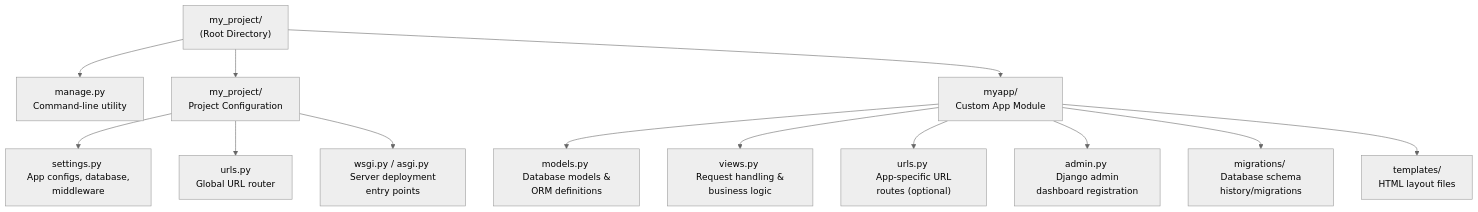
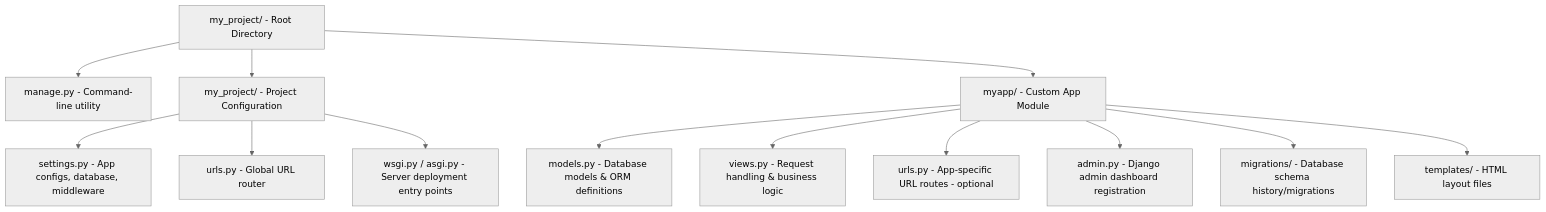
One commit to matt2ology/tech-journal-and-blog changed the third of 3 diagrams in synthesis/courses/django-6-the-big-picture/00-django-6-the-big-picture-synthesis.md. Above: the diagram before and after it, drawn with Mermaid (neutral theme).

Commit message:
fix: update flowchart labels for improved clarity in Django project structure

````diff
--- a/synthesis/courses/django-6-the-big-picture/00-django-6-the-big-picture-synthesis.md
+++ b/synthesis/courses/django-6-the-big-picture/00-django-6-the-big-picture-synthesis.md
@@ -92,17 +92,17 @@
 ```mermaid
 flowchart TD
-    root["my_project/ \n (Root Directory)"] --> Manage["manage.py \n Command-line utility"]
-    root --> projconfig["my_project/ \n Project Configuration"]
-    root --> appdir["myapp/ \n Custom App Module"]
+    root[my_project/ - Root Directory] --> Manage[manage.py - Command-line utility]
+    root --> projconfig[my_project/ - Project Configuration]
+    root --> appdir[myapp/ - Custom App Module]
 
-    projconfig --> settings["settings.py \n App configs, database, middleware"]
-    projconfig --> projurls["urls.py \n Global URL router"]
-    projconfig --> wsgi["wsgi.py / asgi.py \n Server deployment entry points"]
+    projconfig --> settings[settings.py - App configs, database, middleware]
+    projconfig --> projurls[urls.py - Global URL router]
+    projconfig --> wsgi[wsgi.py / asgi.py - Server deployment entry points]
 
-    appdir --> models["models.py \n Database models & ORM definitions"]
-    appdir --> views["views.py \n Request handling & business logic"]
-    appdir --> appurls["urls.py \n App-specific URL routes (optional)"]
-    appdir --> admin["admin.py \n Django admin dashboard registration"]
-    appdir --> migrations["migrations/ \n Database schema history/migrations"]
-    appdir --> templates["templates/ \n HTML layout files"]
+    appdir --> models[models.py - Database models & ORM definitions]
+    appdir --> views[views.py - Request handling & business logic]
+    appdir --> appurls[urls.py - App-specific URL routes - optional]
+    appdir --> admin[admin.py - Django admin dashboard registration]
+    appdir --> migrations[migrations/ - Database schema history/migrations]
+    appdir --> templates[templates/ - HTML layout files]
 ```
````
